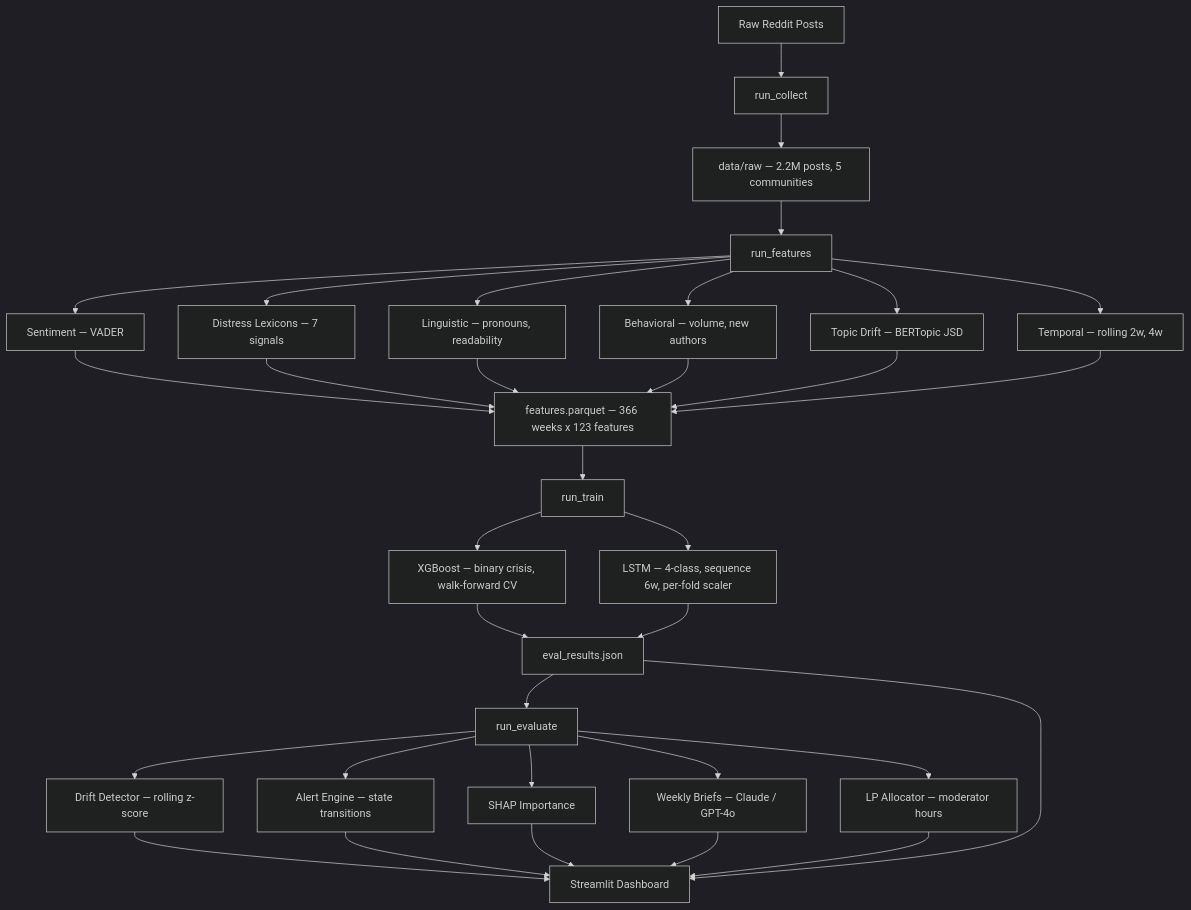
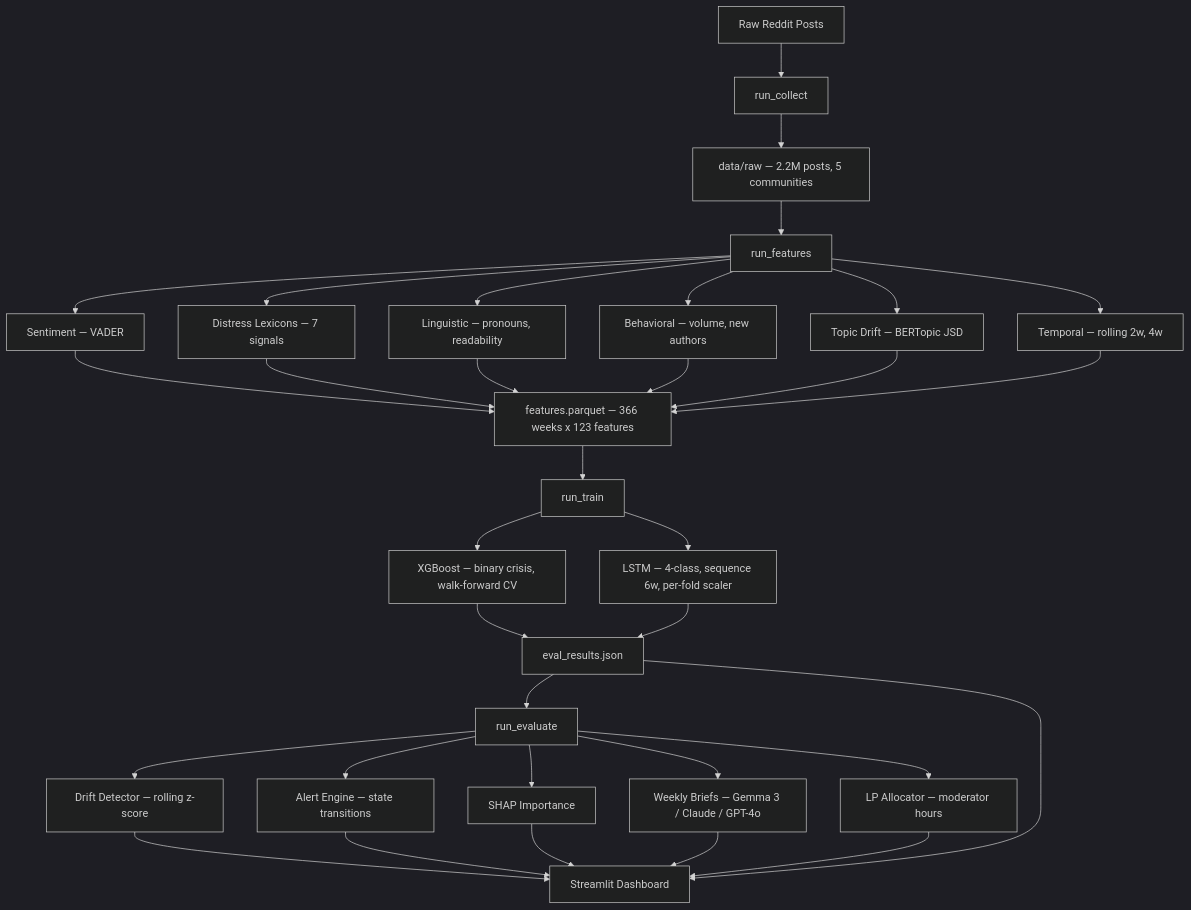
One commit to jainaryan/community-crisis-predictor changed the diagram in README.md. Above: the diagram before and after it, drawn with Mermaid (dark theme). The commit also changed other lines of this file and 1 other file, not shown here.

Commit message:
docs: update Streamlit URL and LLM provider chain (OpenRouter/Gemma 3 as primary)

````diff
--- a/README.md
+++ b/README.md
@@ -47,41 +47,41 @@
 ```mermaid
 flowchart TD
     A[Raw Reddit Posts] --> B[run_collect]
     B --> C[data/raw — 2.2M posts, 5 communities]
     C --> D[run_features]
 
     D --> E1[Sentiment — VADER]
     D --> E2[Distress Lexicons — 7 signals]
     D --> E3[Linguistic — pronouns, readability]
     D --> E4[Behavioral — volume, new authors]
     D --> E5[Topic Drift — BERTopic JSD]
     D --> E6[Temporal — rolling 2w, 4w]
 
     E1 --> F[features.parquet — 366 weeks x 123 features]
     E2 --> F
     E3 --> F
     E4 --> F
     E5 --> F
     E6 --> F
 
     F --> G[run_train]
     G --> G1[XGBoost — binary crisis, walk-forward CV]
     G --> G2[LSTM — 4-class, sequence 6w, per-fold scaler]
 
     G1 --> H[eval_results.json]
     G2 --> H
 
     H --> I[run_evaluate]
     I --> I1[Drift Detector — rolling z-score]
     I --> I2[Alert Engine — state transitions]
     I --> I3[SHAP Importance]
-    I --> I4[Weekly Briefs — Claude / GPT-4o]
+    I --> I4[Weekly Briefs — Gemma 3 / Claude / GPT-4o]
     I --> I5[LP Allocator — moderator hours]
 
     I1 --> J[Streamlit Dashboard]
     I2 --> J
     I3 --> J
     I4 --> J
     I5 --> J
     H --> J
 ```
````
